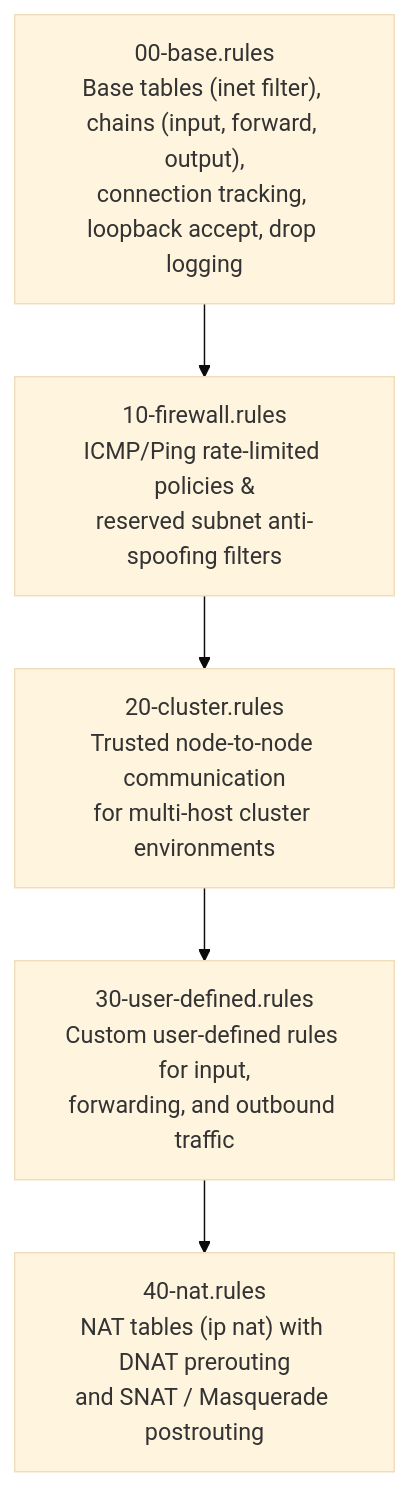
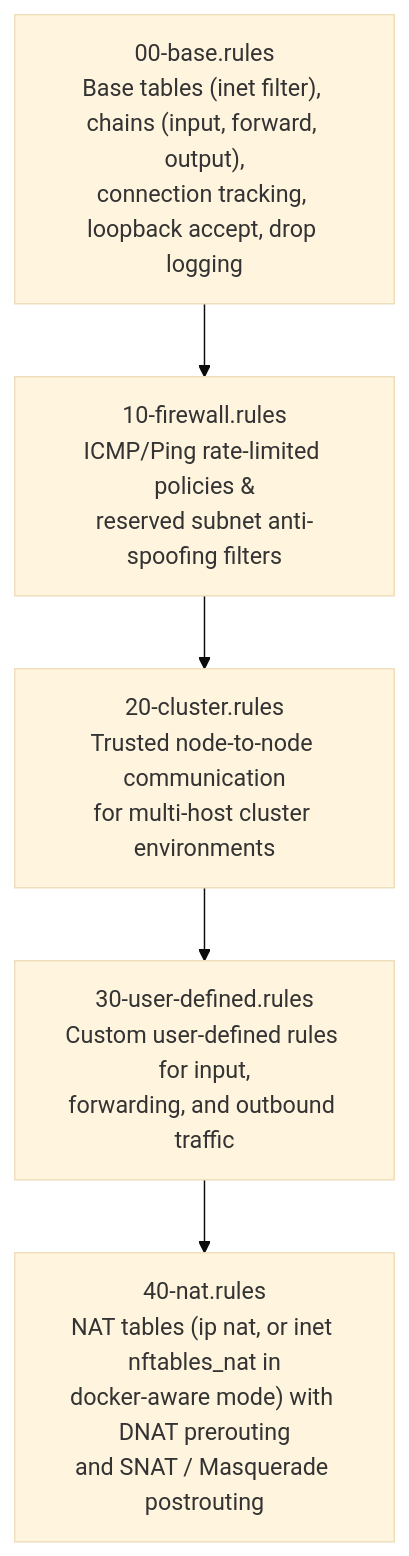
The diagram in README.md (grzegorzfranus/ansible-role-nftables), drawn with Mermaid (base theme) before and after one commit. The commit also changed other lines of this file and 3 other files, not shown here.

Commit message:
fix: correct NAT rule rendering for logging and inet tables (#12)

````diff
--- a/README.md
+++ b/README.md
@@ -25,7 +25,7 @@
 ```mermaid
 flowchart TD
     A["00-base.rules<br>Base tables (inet filter), chains (input, forward, output),<br>connection tracking, loopback accept, drop logging"] --> B["10-firewall.rules<br>ICMP/Ping rate-limited policies &<br>reserved subnet anti-spoofing filters"]
     B --> C["20-cluster.rules<br>Trusted node-to-node communication<br>for multi-host cluster environments"]
     C --> D["30-user-defined.rules<br>Custom user-defined rules for input,<br>forwarding, and outbound traffic"]
-    D --> E["40-nat.rules<br>NAT tables (ip nat) with DNAT prerouting<br>and SNAT / Masquerade postrouting"]
+    D --> E["40-nat.rules<br>NAT tables (ip nat, or inet nftables_nat in<br>docker-aware mode) with DNAT prerouting<br>and SNAT / Masquerade postrouting"]
 ```
````
